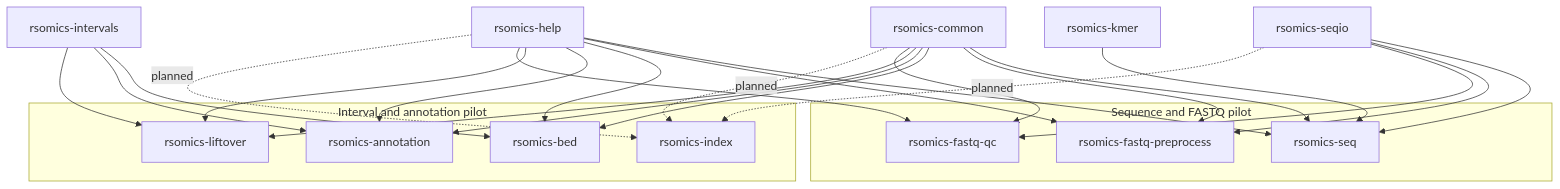
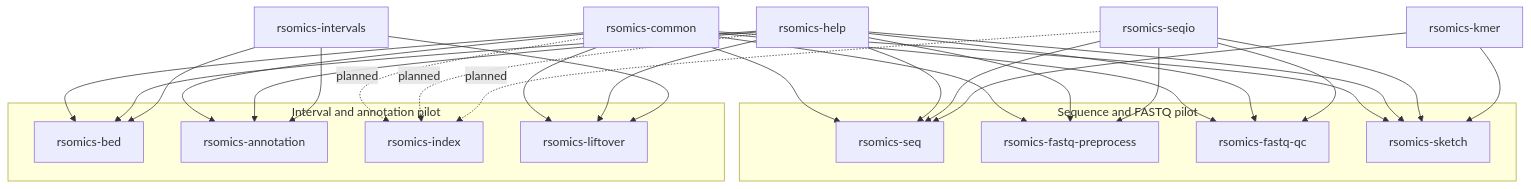
Before and after one commit to omics-rust/rsomics-world: the diagram in docs/10-products/README.md, drawn with Mermaid. The commit also changed other lines of this file and 5 other files, not shown here.

````diff
--- a/docs/10-products/README.md
+++ b/docs/10-products/README.md
@@ -69,38 +69,43 @@
 ```mermaid
 flowchart TB
     subgraph sequence["Sequence and FASTQ pilot"]
         seq["rsomics-seq"]
         prep["rsomics-fastq-preprocess"]
         qc["rsomics-fastq-qc"]
+        sketch["rsomics-sketch"]
     end
 
     subgraph interval["Interval and annotation pilot"]
         bed["rsomics-bed"]
         annotation["rsomics-annotation"]
         index["rsomics-index"]
         liftover["rsomics-liftover"]
     end
 
     common["rsomics-common"] --> seq
     common --> prep
     common --> bed
     common --> annotation
     common --> liftover
     common --> qc
+    common --> sketch
     common -. planned .-> index
     help["rsomics-help"] --> seq
     help --> prep
     help --> bed
     help --> annotation
     help --> liftover
     help --> qc
+    help --> sketch
     help -. planned .-> index
     seqio["rsomics-seqio"] --> seq
     seqio --> prep
     seqio --> qc
+    seqio --> sketch
     seqio -. planned .-> index
     kmer["rsomics-kmer"] --> seq
+    kmer --> sketch
     intervals["rsomics-intervals"] --> bed
     intervals --> annotation
     intervals --> liftover
 ```
````
